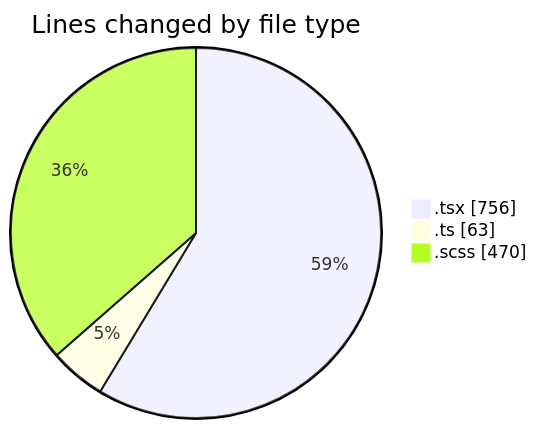
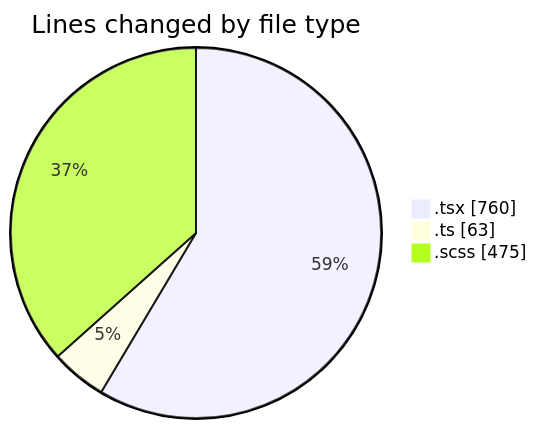
Before and after one commit to momahboobian/code-tracking: the first of 2 diagrams in 2025-04-02/cda/README.md, drawn with Mermaid. The commit also changed other lines of this file and 1 other file, not shown here.

````diff
--- a/2025-04-02/cda/README.md
+++ b/2025-04-02/cda/README.md
@@ -26,7 +26,7 @@
 ```mermaid
 pie showData
 title Lines changed by file type
-".tsx" : 756
+".tsx" : 760
 ".ts" : 63
-".scss" : 470
+".scss" : 475
 ```
````
